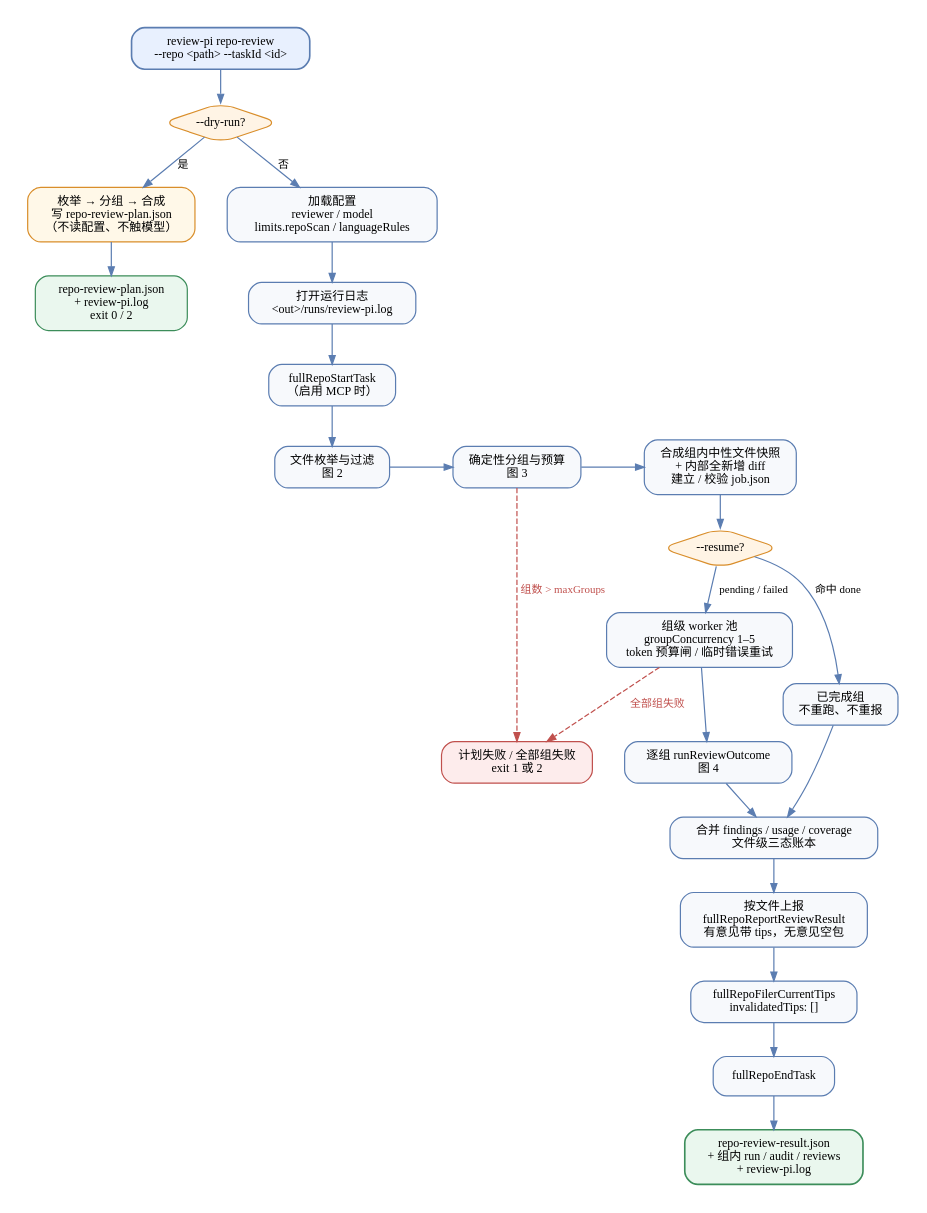
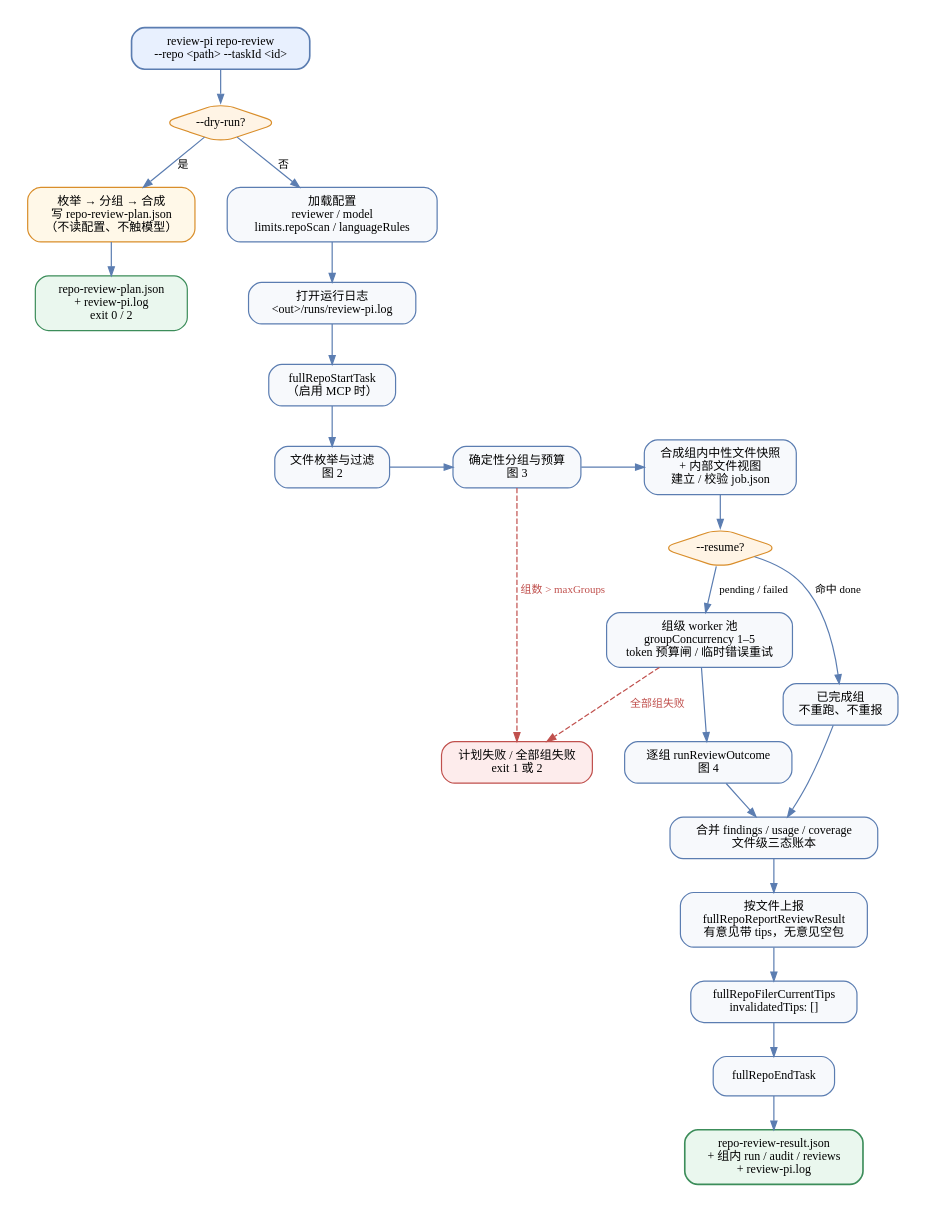
The diagram in docs/design/assets/repo-review-flow/01-global.dot (ffanwei/ReviewAgent-pi), drawn with Graphviz before and after one commit. The commit also changed 13 other files, not shown here.

```diff
--- a/docs/design/assets/repo-review-flow/01-global.dot
+++ b/docs/design/assets/repo-review-flow/01-global.dot
@@ -1,67 +1,67 @@
 // 全仓检视全局流程（docs/design/全仓扫描-方案与契约.md）
 // 渲染：dot -Tpng -Gdpi=150 01-global.dot -o repo-review-global-flow.png
 digraph RepoReviewGlobal {
   graph [
     rankdir=TB,
     fontname="Microsoft YaHei",
     fontsize=13,
     nodesep=0.40,
     ranksep=0.42,
     pad=0.25,
     bgcolor="white",
     compound=true
   ];
   node [
     fontname="Microsoft YaHei",
     fontsize=11,
     shape=box,
     style="rounded,filled",
     fillcolor="#F7F9FC",
     color="#5B7DB1",
     penwidth=1.1,
     margin="0.18,0.10"
   ];
   edge [
     fontname="Microsoft YaHei",
     fontsize=10,
     color="#5B7DB1",
     arrowsize=0.8,
     penwidth=1.1
   ];
 
   start [label="review-pi repo-review\n--repo <path> --taskId <id>", fillcolor="#E8F0FE", penwidth=1.5];
   dry [label="--dry-run?", shape=diamond, fillcolor="#FFF4E5", color="#D98E2B", margin="0.08,0.05"];
   plan [label="枚举 → 分组 → 合成\n写 repo-review-plan.json\n（不读配置、不触模型）", fillcolor="#FFF8E8", color="#D98E2B"];
   dryOut [label="repo-review-plan.json\n+ review-pi.log\nexit 0 / 2", fillcolor="#EAF7EE", color="#3C8D5A"];
   cfg [label="加载配置\nreviewer / model\nlimits.repoScan / languageRules"];
   log [label="打开运行日志\n<out>/runs/review-pi.log"];
   mcpStart [label="fullRepoStartTask\n（启用 MCP 时）"];
   enum [label="文件枚举与过滤\n图 2"];
   group [label="确定性分组与预算\n图 3"];
-  synth [label="合成组内中性文件快照\n+ 内部全新增 diff\n建立 / 校验 job.json"];
+  synth [label="合成组内中性文件快照\n+ 内部文件视图\n建立 / 校验 job.json"];
   resume [label="--resume?", shape=diamond, fillcolor="#FFF4E5", color="#D98E2B", margin="0.08,0.05"];
   skipped [label="已完成组\n不重跑、不重报"];
   pool [label="组级 worker 池\ngroupConcurrency 1–5\ntoken 预算闸 / 临时错误重试"];
   pass [label="逐组 runReviewOutcome\n图 4"];
   merge [label="合并 findings / usage / coverage\n文件级三态账本"];
   report [label="按文件上报\nfullRepoReportReviewResult\n有意见带 tips，无意见空包"];
   tips [label="fullRepoFilerCurrentTips\ninvalidatedTips: []"];
   endTask [label="fullRepoEndTask"];
   result [label="repo-review-result.json\n+ 组内 run / audit / reviews\n+ review-pi.log", fillcolor="#EAF7EE", color="#3C8D5A", penwidth=1.5];
   fail [label="计划失败 / 全部组失败\nexit 1 或 2", fillcolor="#FDECEC", color="#C0504D"];
 
   start -> dry;
   dry -> plan [label=" 是"];
   plan -> dryOut;
   dry -> cfg [label=" 否"];
   cfg -> log -> mcpStart -> enum -> group -> synth -> resume;
   resume -> skipped [label=" 命中 done"];
   resume -> pool [label=" pending / failed"];
   skipped -> merge;
   pool -> pass -> merge;
   merge -> report -> tips -> endTask -> result;
   group -> fail [label="组数 > maxGroups", style=dashed, color="#C0504D", fontcolor="#C0504D"];
   pool -> fail [label="全部组失败", style=dashed, color="#C0504D", fontcolor="#C0504D"];
 
   { rank=same; enum; group; synth; }
 }
```
